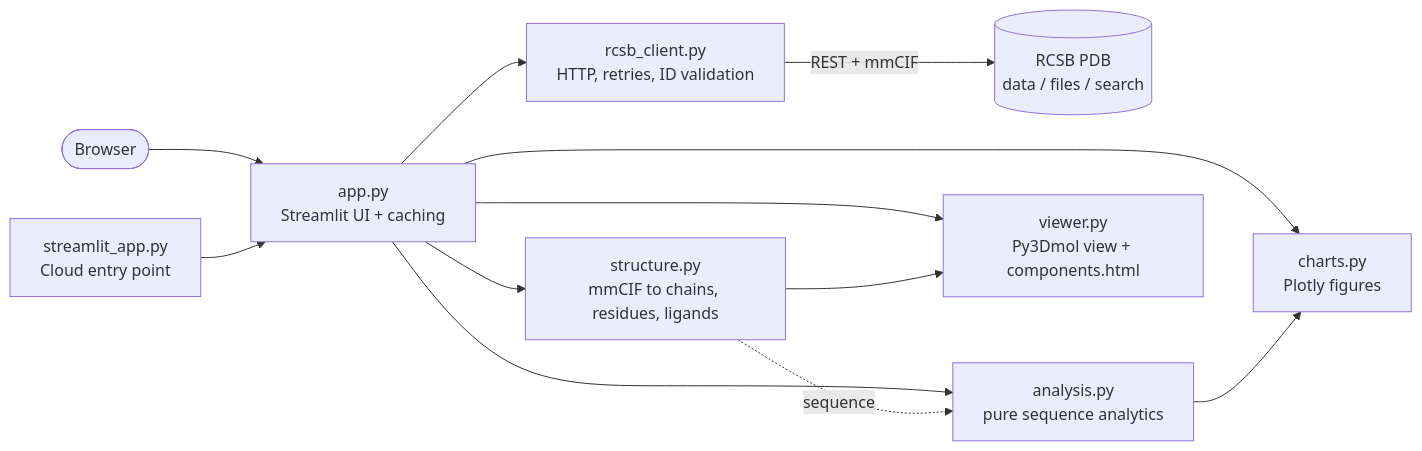
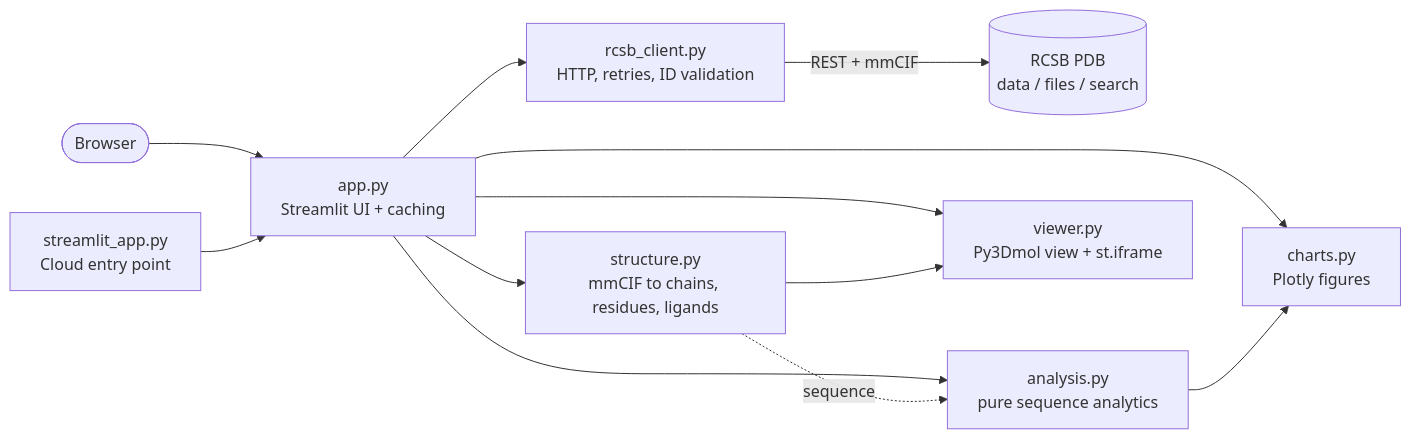
The diagram in README.md (aleksandrahodzzik/protein-structure-dashboard), drawn with Mermaid before and after one commit. The commit also changed other lines of this file and 5 other files, not shown here.

````diff
--- a/README.md
+++ b/README.md
@@ -37,14 +38,14 @@
 ```mermaid
 flowchart LR
     User([Browser]) --> App["app.py<br/>Streamlit UI + caching"]
     App --> Client["rcsb_client.py<br/>HTTP, retries, ID validation"]
     Client -->|"REST + mmCIF"| RCSB[("RCSB PDB<br/>data / files / search")]
     App --> Structure["structure.py<br/>mmCIF to chains, residues, ligands"]
     App --> Analysis["analysis.py<br/>pure sequence analytics"]
     Structure -. "sequence" .-> Analysis
     App --> Charts["charts.py<br/>Plotly figures"]
     Analysis --> Charts
-    App --> Viewer["viewer.py<br/>Py3Dmol view + components.html"]
+    App --> Viewer["viewer.py<br/>Py3Dmol view + st.iframe"]
     Structure --> Viewer
     Streamlit["streamlit_app.py<br/>Cloud entry point"] --> App
 ```
````
